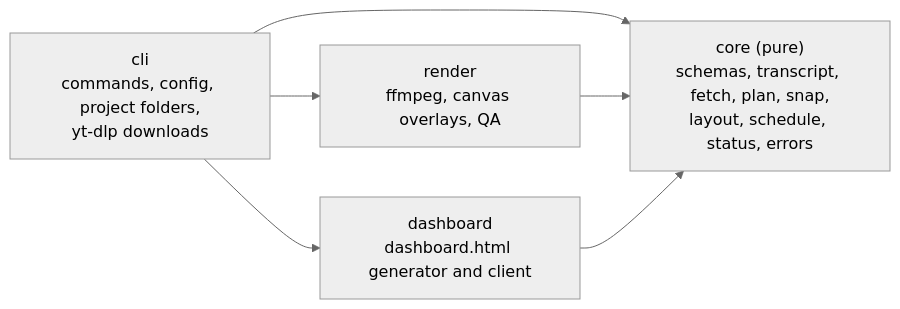
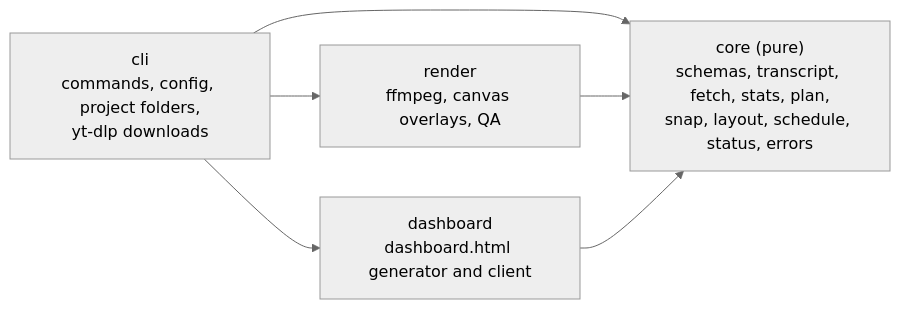
One commit to edison16a/Content-Machine changed the diagram in docs/architecture.md. Above: the diagram before and after it, drawn with Mermaid (neutral theme). The commit also changed other lines of this file, not shown here.

First line of the commit message:
docs(architecture): add stats to the map and the data flow

````diff
--- a/docs/architecture.md
+++ b/docs/architecture.md
@@ -5,12 +5,12 @@
 ```mermaid
 flowchart LR
   cli["cli<br/>commands, config, project folders,<br/>yt-dlp downloads"]
   render["render<br/>ffmpeg, canvas overlays, QA"]
   dashboard["dashboard<br/>dashboard.html generator and client"]
-  core["core (pure)<br/>schemas, transcript, fetch, plan, snap,<br/>layout, schedule, status, errors"]
+  core["core (pure)<br/>schemas, transcript, fetch, stats, plan,<br/>snap, layout, schedule, status, errors"]
   cli --> render
   cli --> dashboard
   cli --> core
   render --> core
   dashboard --> core
 ```
````
